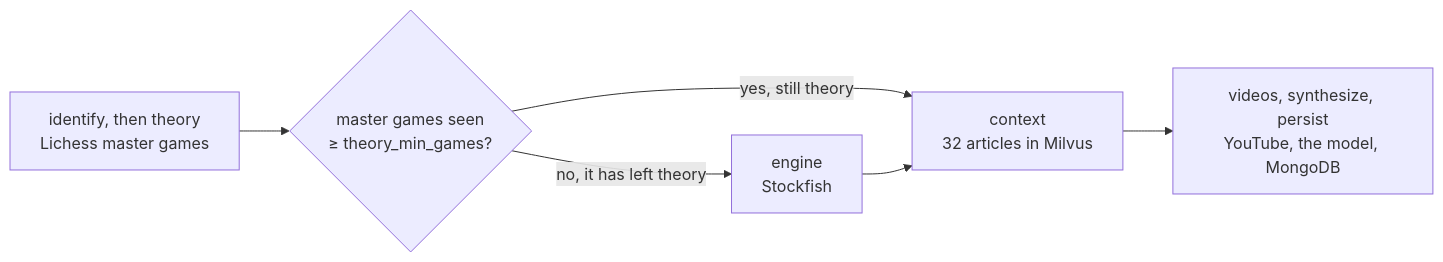
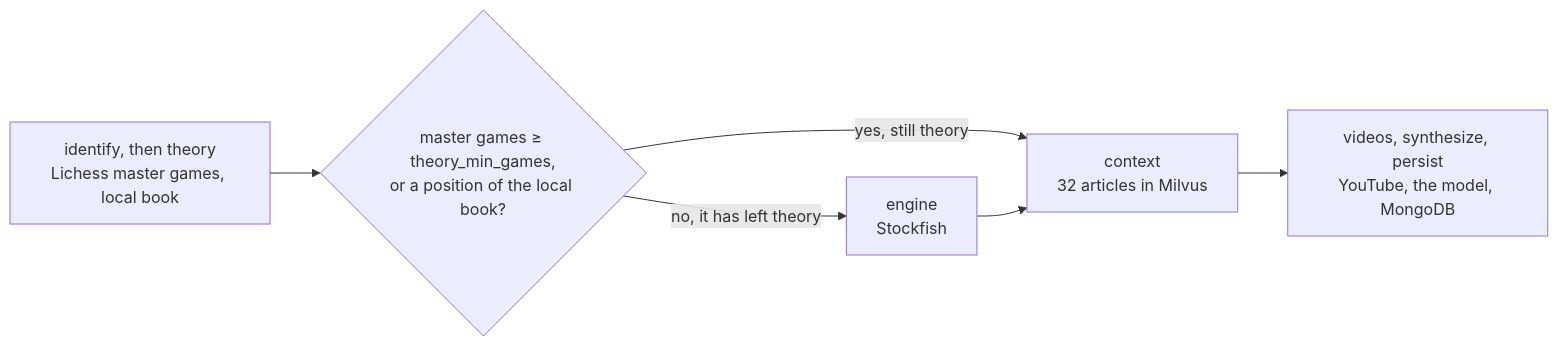
Before and after one commit to BenoitJT-GIRARD/chess-coach-agent: the diagram in README.md, drawn with Mermaid. The commit also changed other lines of this file and 10 other files, not shown here.

````diff
--- a/README.md
+++ b/README.md
@@ -47,8 +55,8 @@
 ```mermaid
 flowchart LR
-    TH["identify, then theory<br/>Lichess master games"] --> COND{"master games seen<br/>≥ theory_min_games?"}
+    TH["identify, then theory<br/>Lichess master games, local book"] --> COND{"master games ≥ theory_min_games,<br/>or a position of the local book?"}
     COND -->|"yes, still theory"| CTX["context<br/>32 articles in Milvus"]
     COND -->|"no, it has left theory"| ENG["engine<br/>Stockfish"]
     ENG --> CTX
     CTX --> TAIL["videos, synthesize, persist<br/>YouTube, the model, MongoDB"]
 ```
````
